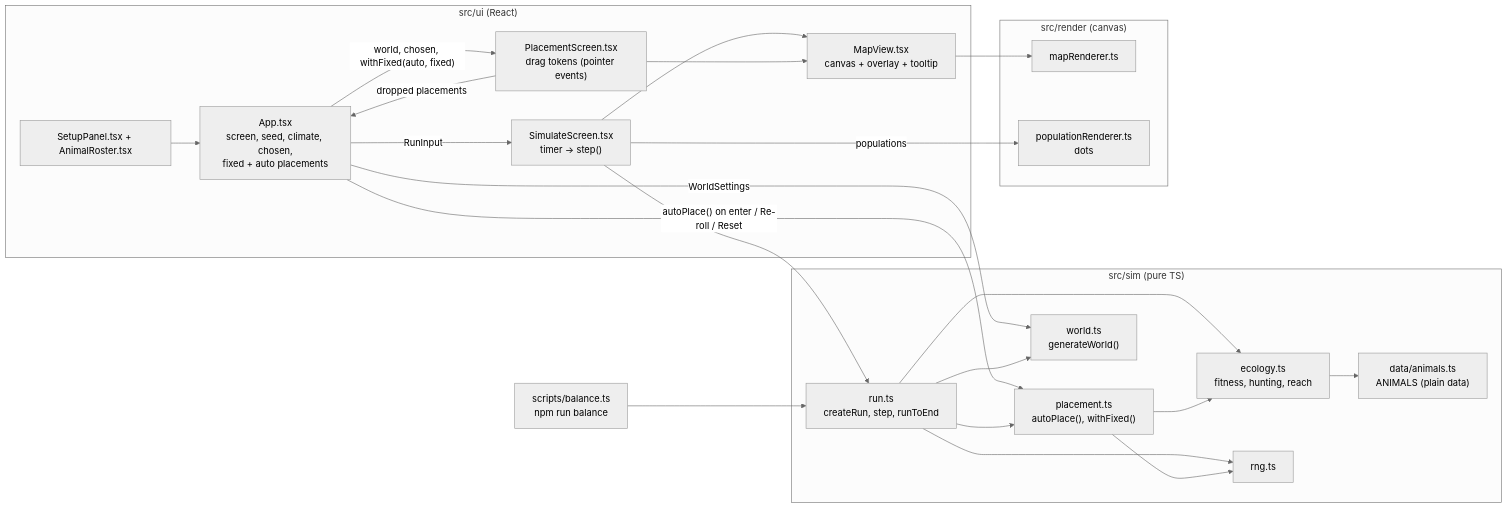
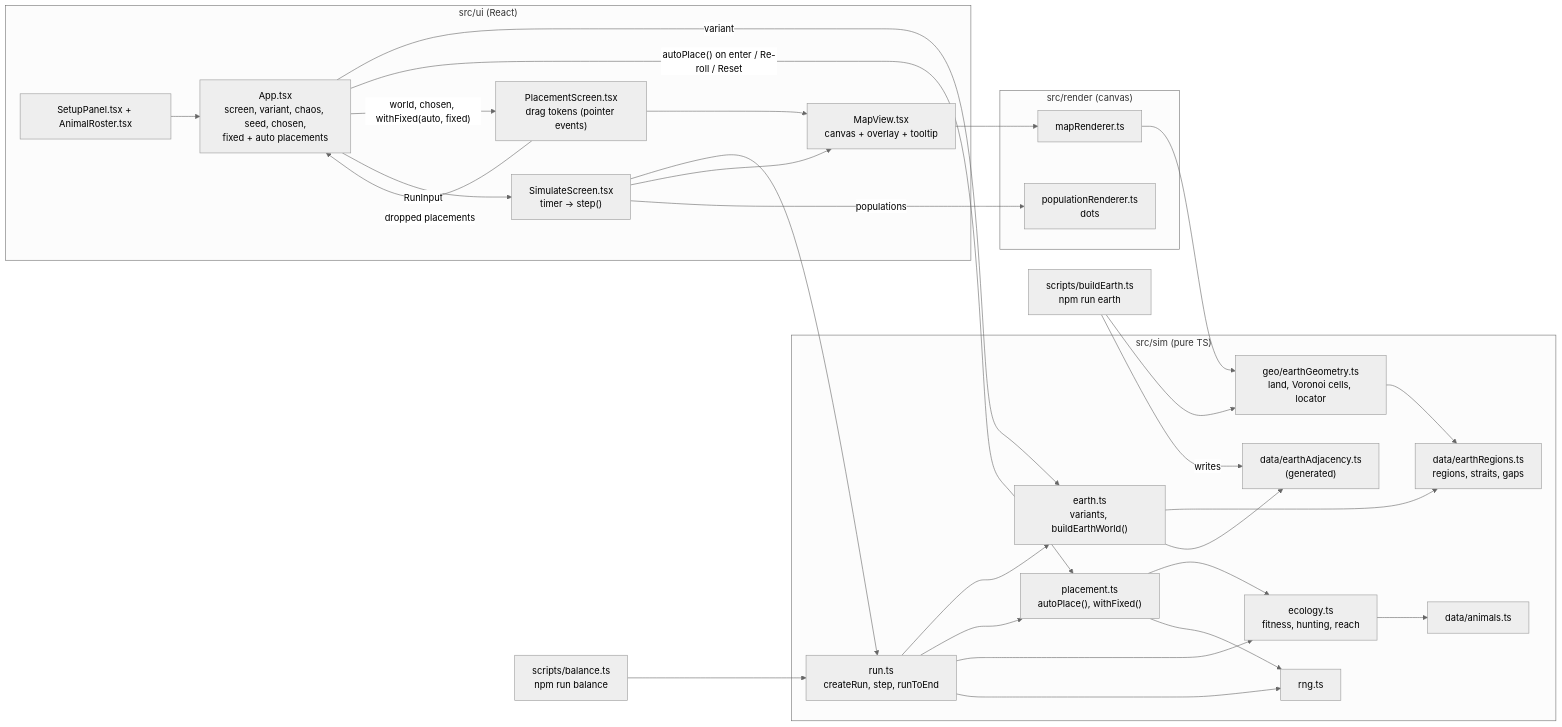
One commit to sumitbsp/thousand-years-later changed the diagram in FLOW.md. Above: the diagram before and after it, drawn with Mermaid (neutral theme). The commit also changed other lines of this file and 36 other files, not shown here.

````diff
--- a/FLOW.md
+++ b/FLOW.md
@@ -39,43 +32,53 @@
 ```mermaid
 flowchart LR
   subgraph ui["src/ui (React)"]
-    App["App.tsx<br/>screen, seed, climate, chosen,<br/>fixed + auto placements"]
+    App["App.tsx<br/>screen, variant, chaos, seed, chosen,<br/>fixed + auto placements"]
     Setup["SetupPanel.tsx + AnimalRoster.tsx"]
     Place["PlacementScreen.tsx<br/>drag tokens (pointer events)"]
     Sim["SimulateScreen.tsx<br/>timer → step()"]
     MapView["MapView.tsx<br/>canvas + overlay + tooltip"]
   end
   subgraph sim["src/sim (pure TS)"]
-    Data["data/animals.ts<br/>ANIMALS (plain data)"]
+    Regions["data/earthRegions.ts<br/>regions, straits, gaps"]
+    Adj["data/earthAdjacency.ts<br/>(generated)"]
+    Earth["earth.ts<br/>variants, buildEarthWorld()"]
+    Geo["geo/earthGeometry.ts<br/>land, Voronoi cells, locator"]
+    Data["data/animals.ts"]
     Eco["ecology.ts<br/>fitness, hunting, reach"]
     Placement["placement.ts<br/>autoPlace(), withFixed()"]
     Run["run.ts<br/>createRun, step, runToEnd"]
-    Gen["world.ts<br/>generateWorld()"]
     Rng["rng.ts"]
   end
   subgraph render["src/render (canvas)"]
     Renderer["mapRenderer.ts"]
     Pops["populationRenderer.ts<br/>dots"]
   end
+  BuildEarth["scripts/buildEarth.ts<br/>npm run earth"]
   Balance["scripts/balance.ts<br/>npm run balance"]
 
   Setup --> App
-  App -- "WorldSettings" --> Gen
+  App -- "variant" --> Earth
+  Earth --> Regions
+  Earth --> Adj
+  BuildEarth --> Geo
+  BuildEarth -- "writes" --> Adj
+  Geo --> Regions
   App -- "autoPlace() on enter / Re-roll / Reset" --> Placement
   App -- "world, chosen, withFixed(auto, fixed)" --> Place
   Place -- "dropped placements" --> App
   App -- "RunInput" --> Sim
   Sim --> Run
-  Run --> Gen
+  Run --> Earth
   Run --> Placement
   Run --> Eco
   Eco --> Data
   Placement --> Eco
   Run --> Rng
   Placement --> Rng
   Sim --> MapView
   Place --> MapView
   MapView --> Renderer
+  Renderer --> Geo
   Sim -- "populations" --> Pops
   Balance --> Run
 ```
````
